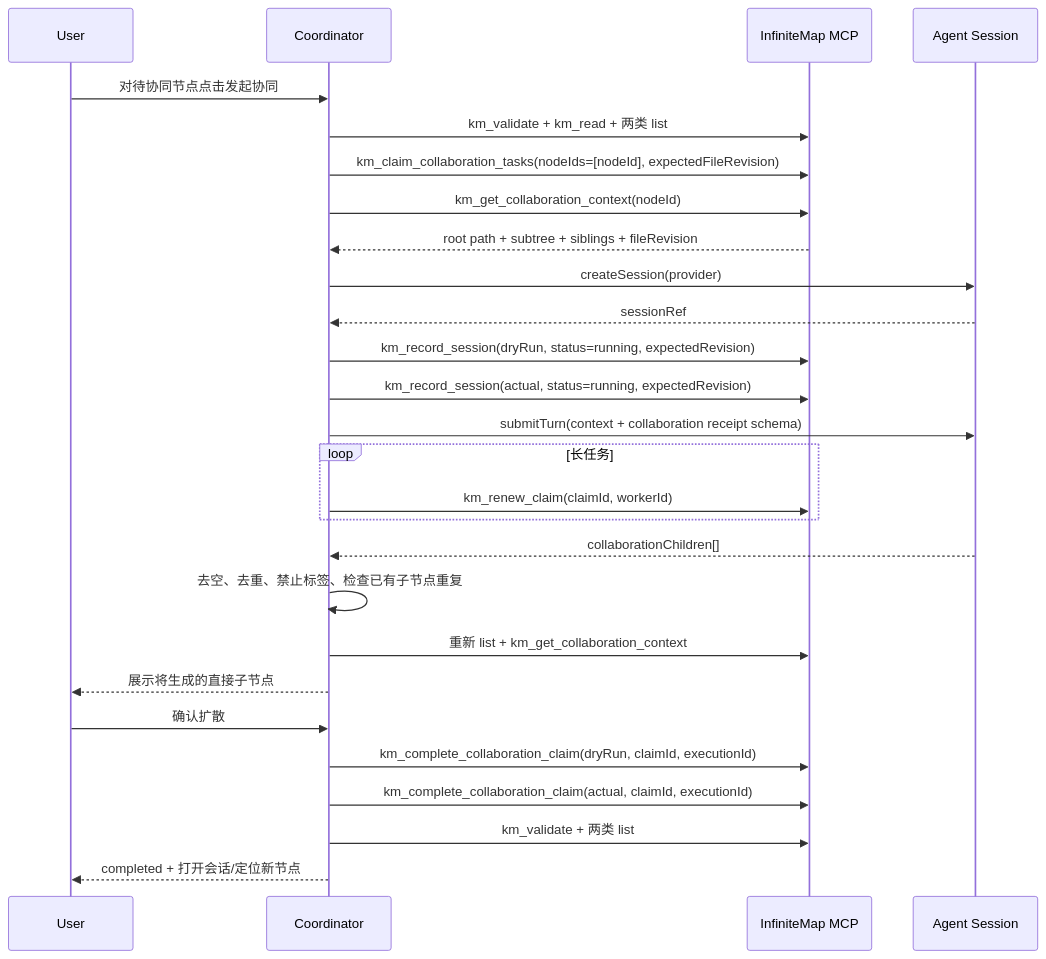
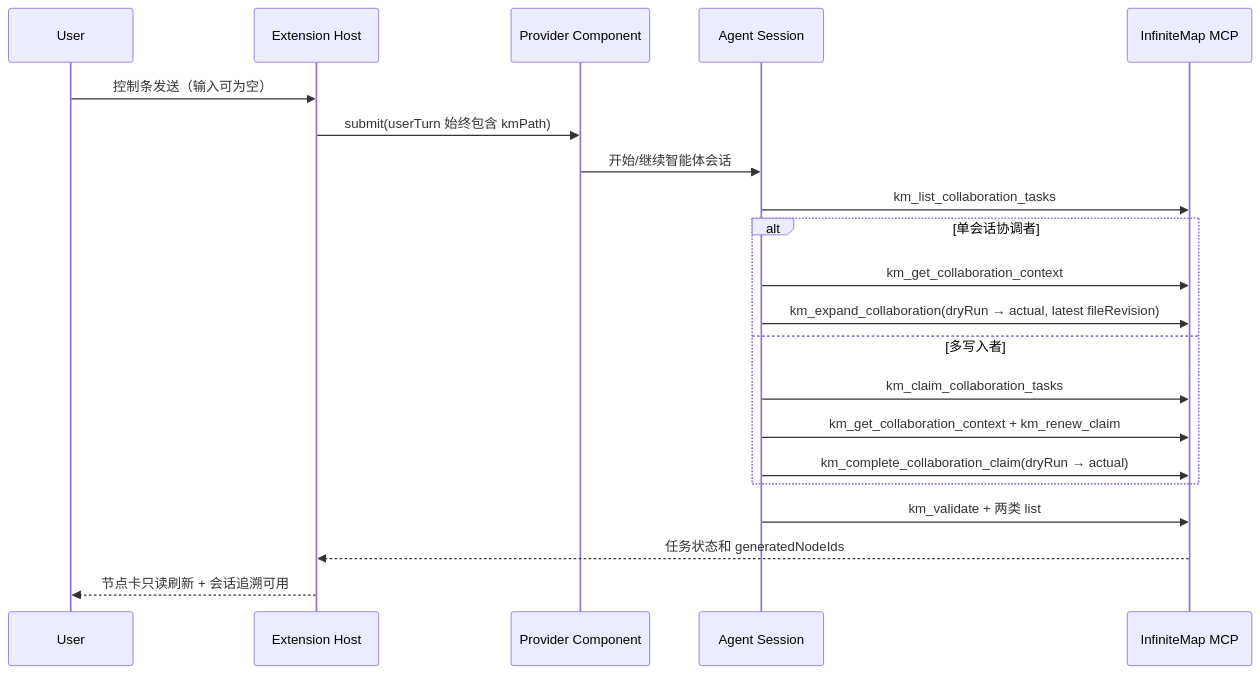
The fourth of 5 diagrams in docs/editor-agent-session-task-execution-design.md (QunterShion/InfiniteMap), drawn with Mermaid before and after one commit. The commit also changed other lines of this file, not shown here.

````diff
--- a/docs/editor-agent-session-task-execution-design.md
+++ b/docs/editor-agent-session-task-execution-design.md
@@ -487,30 +542,24 @@
 ```mermaid
 sequenceDiagram
     participant U as User
-    participant C as Coordinator
+    participant H as Extension Host
+    participant P as Provider Component
+    participant A as Agent Session
     participant M as InfiniteMap MCP
-    participant S as Agent Session
 
-    U->>C: 对待协同节点点击发起协同
-    C->>M: km_validate + km_read + 两类 list
-    C->>M: km_claim_collaboration_tasks(nodeIds=[nodeId], expectedFileRevision)
-    C->>M: km_get_collaboration_context(nodeId)
-    M-->>C: root path + subtree + siblings + fileRevision
-    C->>S: createSession(provider)
-    S-->>C: sessionRef
-    C->>M: km_record_session(dryRun, status=running, expectedRevision)
-    C->>M: km_record_session(actual, status=running, expectedRevision)
-    C->>S: submitTurn(context + collaboration receipt schema)
-    loop 长任务
-      C->>M: km_renew_claim(claimId, workerId)
+    U->>H: 控制条发送（输入可为空）
+    H->>P: submit(userTurn 始终包含 kmPath)
+    P->>A: 开始/继续智能体会话
+    A->>M: km_list_collaboration_tasks
+    alt 单会话协调者
+      A->>M: km_get_collaboration_context
+      A->>M: km_expand_collaboration(dryRun → actual, latest fileRevision)
+    else 多写入者
+      A->>M: km_claim_collaboration_tasks
+      A->>M: km_get_collaboration_context + km_renew_claim
+      A->>M: km_complete_collaboration_claim(dryRun → actual)
     end
-    S-->>C: collaborationChildren[]
-    C->>C: 去空、去重、禁止标签、检查已有子节点重复
-    C->>M: 重新 list + km_get_collaboration_context
-    C-->>U: 展示将生成的直接子节点
-    U->>C: 确认扩散
-    C->>M: km_complete_collaboration_claim(dryRun, claimId, executionId)
-    C->>M: km_complete_collaboration_claim(actual, claimId, executionId)
-    C->>M: km_validate + 两类 list
-    C-->>U: completed + 打开会话/定位新节点
+    A->>M: km_validate + 两类 list
+    M-->>H: 任务状态和 generatedNodeIds
+    H-->>U: 节点卡只读刷新 + 会话追溯可用
 ```
````
